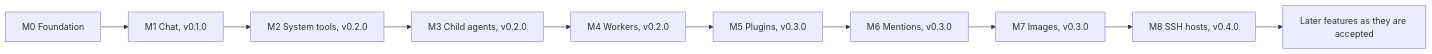
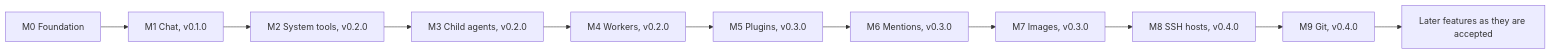
The diagram in docs/roadmap/milestones.md (limbon2/mannie), drawn with Mermaid before and after one commit. The commit also changed other lines of this file and 20 other files, not shown here.

First line of the commit message:
docs: record ADR-0038, ADR-0039, M9 and the Git plugin across the architecture

````diff
--- a/docs/roadmap/milestones.md
+++ b/docs/roadmap/milestones.md
@@ -31,12 +32,13 @@
 ```mermaid
 flowchart LR
   M0[M0 Foundation] --> M1[M1 Chat, v0.1.0]
   M1 --> M2[M2 System tools, v0.2.0]
   M2 --> M3[M3 Child agents, v0.2.0]
   M3 --> M4[M4 Workers, v0.2.0]
   M4 --> M5[M5 Plugins, v0.3.0]
   M5 --> M6[M6 Mentions, v0.3.0]
   M6 --> M7[M7 Images, v0.3.0]
   M7 --> M8[M8 SSH hosts, v0.4.0]
-  M8 --> Later[Later features as they are accepted]
+  M8 --> M9[M9 Git, v0.4.0]
+  M9 --> Later[Later features as they are accepted]
 ```
````
